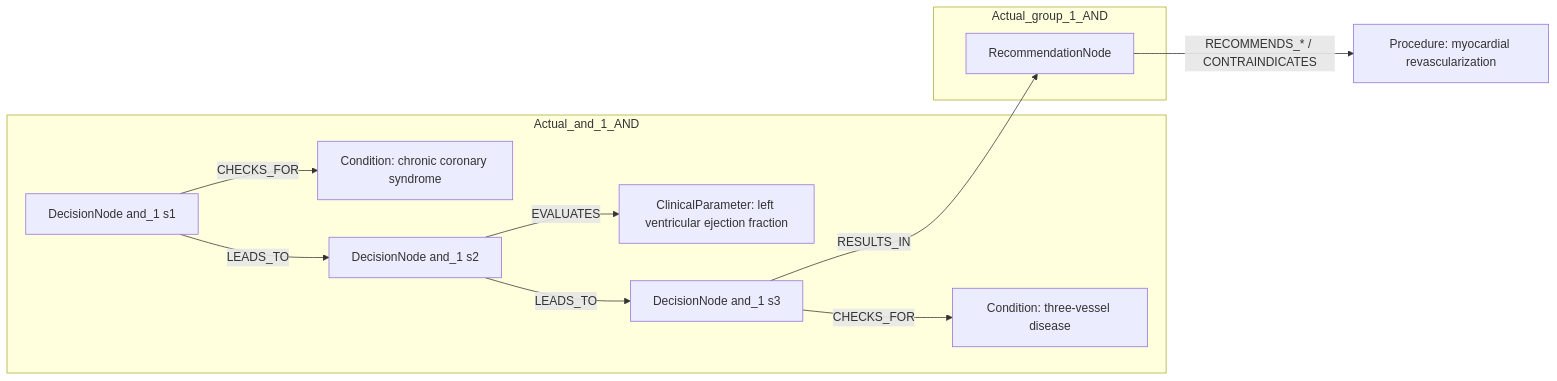
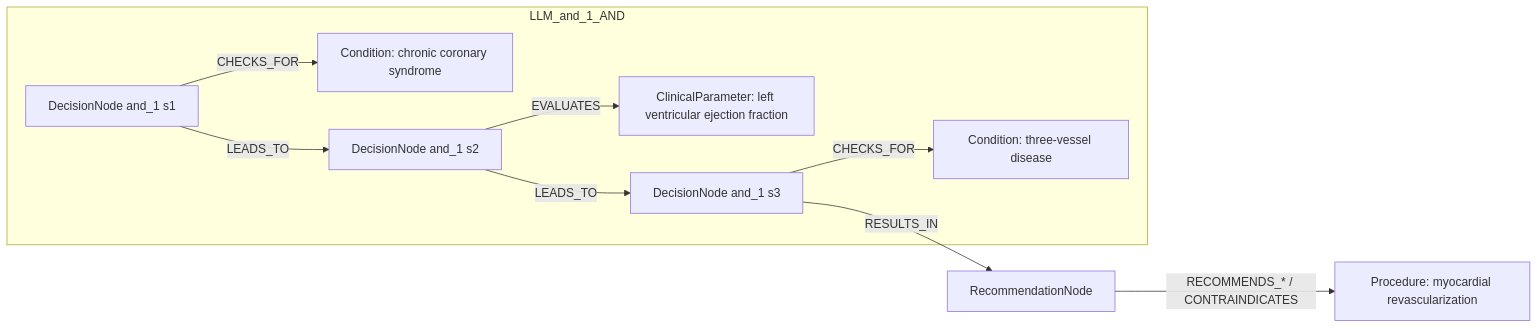
One commit to dieterich-lab/CardioGuidelinesGraph changed the second of 2 diagrams in docs/table22_rows/row_09.md. Above: the diagram before and after it, drawn with Mermaid. The commit also changed other lines of this file and 18 other files, not shown here.

Commit message:
Adjust mermaid for conditions/actions

````diff
--- a/docs/table22_rows/row_09.md
+++ b/docs/table22_rows/row_09.md
@@ -253,23 +250,20 @@
 ```mermaid
 graph LR
   REC[RecommendationNode]
   ACT1[Procedure: myocardial revascularization]
   REC -->|RECOMMENDS_* / CONTRAINDICATES| ACT1
-  subgraph Actual_and_1_AND
+  subgraph LLM_and_1_AND
     D_and_1_1[DecisionNode and_1 s1]
     C_and_1_1[Condition: chronic coronary syndrome]
     D_and_1_1 -->|CHECKS_FOR| C_and_1_1
     D_and_1_2[DecisionNode and_1 s2]
     C_and_1_2[ClinicalParameter: left ventricular ejection fraction]
     D_and_1_2 -->|EVALUATES| C_and_1_2
     D_and_1_3[DecisionNode and_1 s3]
     C_and_1_3[Condition: three-vessel disease]
     D_and_1_3 -->|CHECKS_FOR| C_and_1_3
     D_and_1_1 -->|LEADS_TO| D_and_1_2
     D_and_1_2 -->|LEADS_TO| D_and_1_3
   end
-  subgraph Actual_group_1_AND
-    REC
-  end
   D_and_1_3 -->|RESULTS_IN| REC
 ```
````
